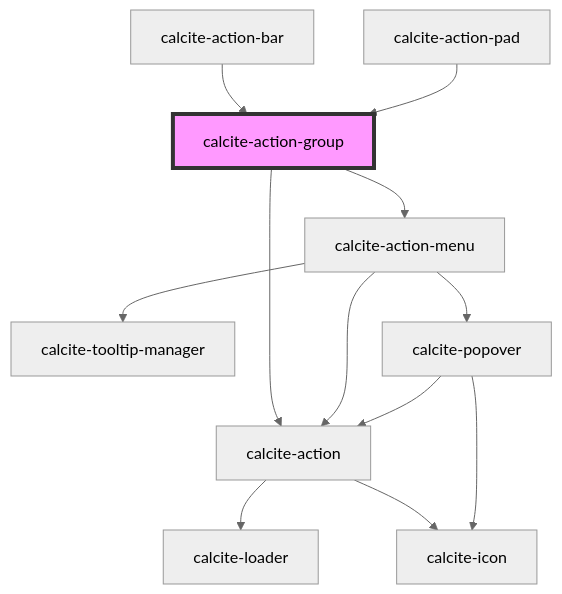
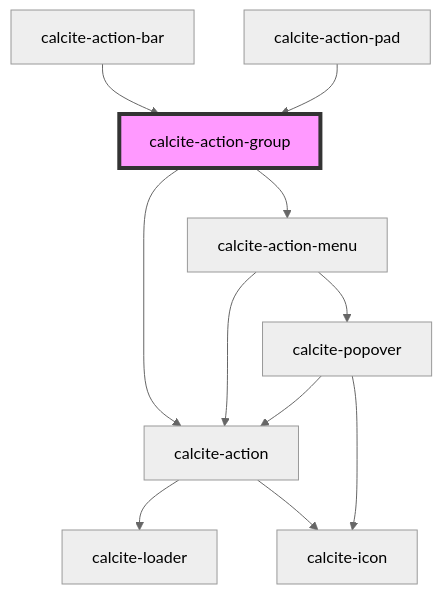
The diagram in src/components/action-group/readme.md (vikivakarvc/calcite-design-system), drawn with Mermaid (neutral theme) before and after one commit. The commit also changed 9 other files, not shown here.

````diff
--- a/src/components/action-group/readme.md
+++ b/src/components/action-group/readme.md
@@ -46,15 +46,14 @@
 ```mermaid
 graph TD;
   calcite-action-group --> calcite-action-menu
   calcite-action-group --> calcite-action
   calcite-action-menu --> calcite-action
-  calcite-action-menu --> calcite-tooltip-manager
   calcite-action-menu --> calcite-popover
   calcite-action --> calcite-loader
   calcite-action --> calcite-icon
   calcite-popover --> calcite-action
   calcite-popover --> calcite-icon
   calcite-action-bar --> calcite-action-group
   calcite-action-pad --> calcite-action-group
   style calcite-action-group fill:#f9f,stroke:#333,stroke-width:4px
 ```
````
